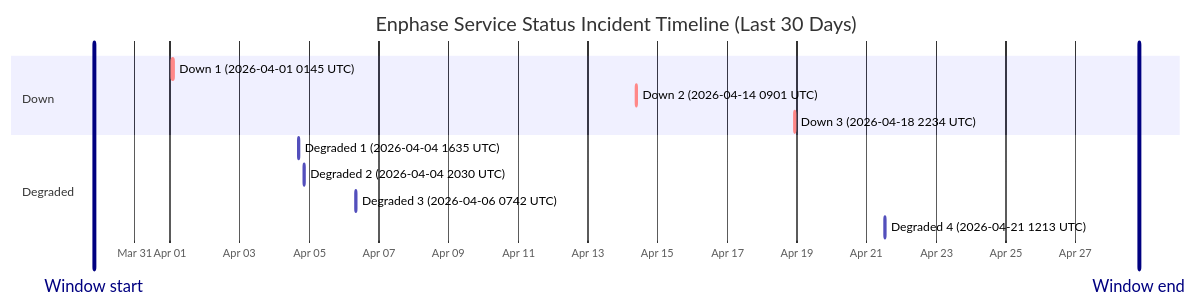
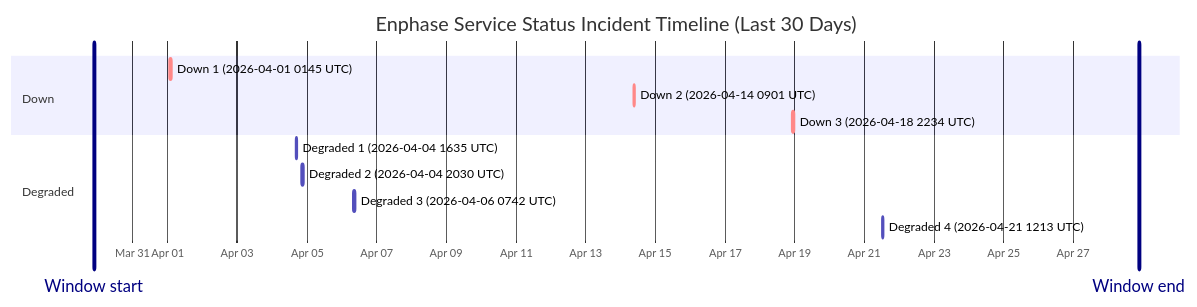
One commit to barneyonline/ha-enphase-ev-charger changed the diagram in wiki/Service-Status-History.md. Above: the diagram before and after it, drawn with Mermaid. The commit also changed other lines of this file and 3 other files, not shown here.

````diff
--- a/wiki/Service-Status-History.md
+++ b/wiki/Service-Status-History.md
@@ -14,17 +14,17 @@
 ```mermaid
 gantt
     title Enphase Service Status Incident Timeline (Last 30 Days)
     dateFormat  YYYY-MM-DDTHH:mm:ss
     axisFormat  %b %d
-    Window start :vert, window-start, 2026-03-29T19:40:09, 0ms
-    Window end :vert, window-end, 2026-04-28T19:40:09, 0ms
+    Window start :vert, window-start, 2026-03-29T21:05:54, 0ms
+    Window end :vert, window-end, 2026-04-28T21:05:54, 0ms
     section Down
     Down 1 (2026-04-01 0145 UTC) :crit, down-1, 2026-04-01T01:45:09, 60m
     Down 2 (2026-04-14 0901 UTC) :crit, down-2, 2026-04-14T09:01:13, 60m
     Down 3 (2026-04-18 2234 UTC) :crit, down-3, 2026-04-18T22:34:13, 60m
     section Degraded
     Degraded 1 (2026-04-04 1635 UTC) :active, degraded-1, 2026-04-04T16:35:17, 60m
     Degraded 2 (2026-04-04 2030 UTC) :active, degraded-2, 2026-04-04T20:30:40, 60m
     Degraded 3 (2026-04-06 0742 UTC) :active, degraded-3, 2026-04-06T07:42:09, 85m
     Degraded 4 (2026-04-21 1213 UTC) :active, degraded-4, 2026-04-21T12:13:11, 60m
 ```
````
